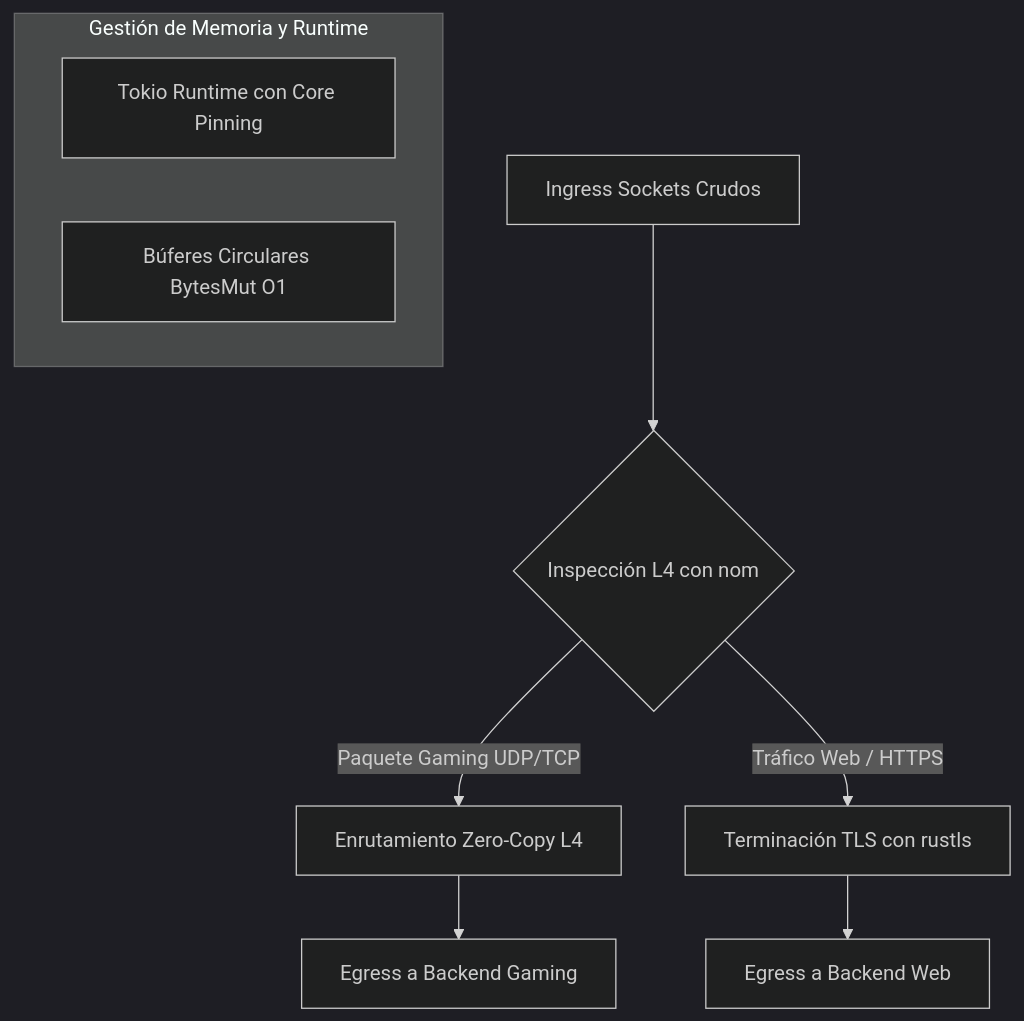
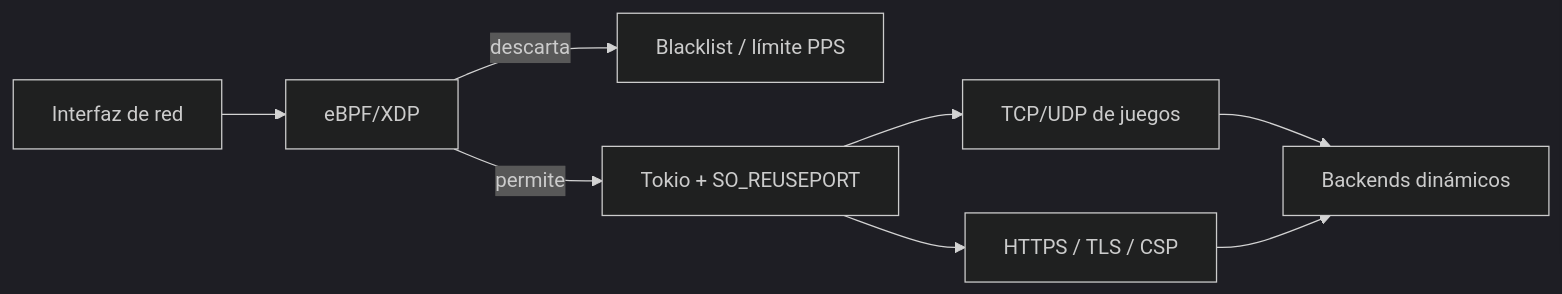
The diagram in oxideproxy/README.md (marioscience/tommy-h), drawn with Mermaid (dark theme) before and after one commit. The commit also changed other lines of this file and 24 other files, not shown here.

````diff
--- a/oxideproxy/README.md
+++ b/oxideproxy/README.md
@@ -9,15 +7,10 @@
 ```mermaid
-graph TD
-    A[Ingress Sockets Crudos] --> B{Inspección L4 con nom}
-    
-    B -->|Paquete Gaming UDP/TCP| C[Enrutamiento Zero-Copy L4]
-    B -->|Tráfico Web / HTTPS| D[Terminación TLS con rustls]
-
-    C --> E[Egress a Backend Gaming]
-    D --> F[Egress a Backend Web]
-
-    subgraph Gestión de Memoria y Runtime
-        G[Tokio Runtime con Core Pinning]
-        H[Búferes Circulares BytesMut O1]
-    end
+flowchart LR
+    NIC[Interfaz de red] --> XDP[eBPF/XDP]
+    XDP -->|descarta| DROP[Blacklist / límite PPS]
+    XDP -->|permite| IO[Tokio + SO_REUSEPORT]
+    IO --> L4[TCP/UDP de juegos]
+    IO --> L7[HTTPS / TLS / CSP]
+    L4 --> BACKENDS[Backends dinámicos]
+    L7 --> BACKENDS
 ```
````
